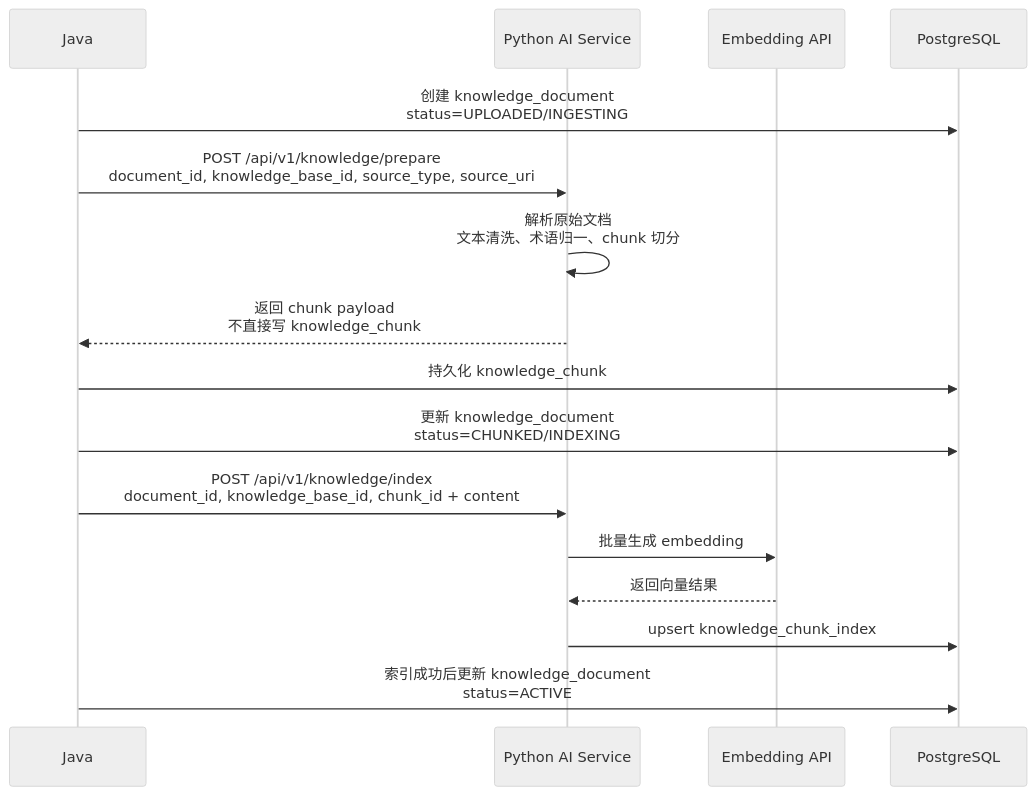
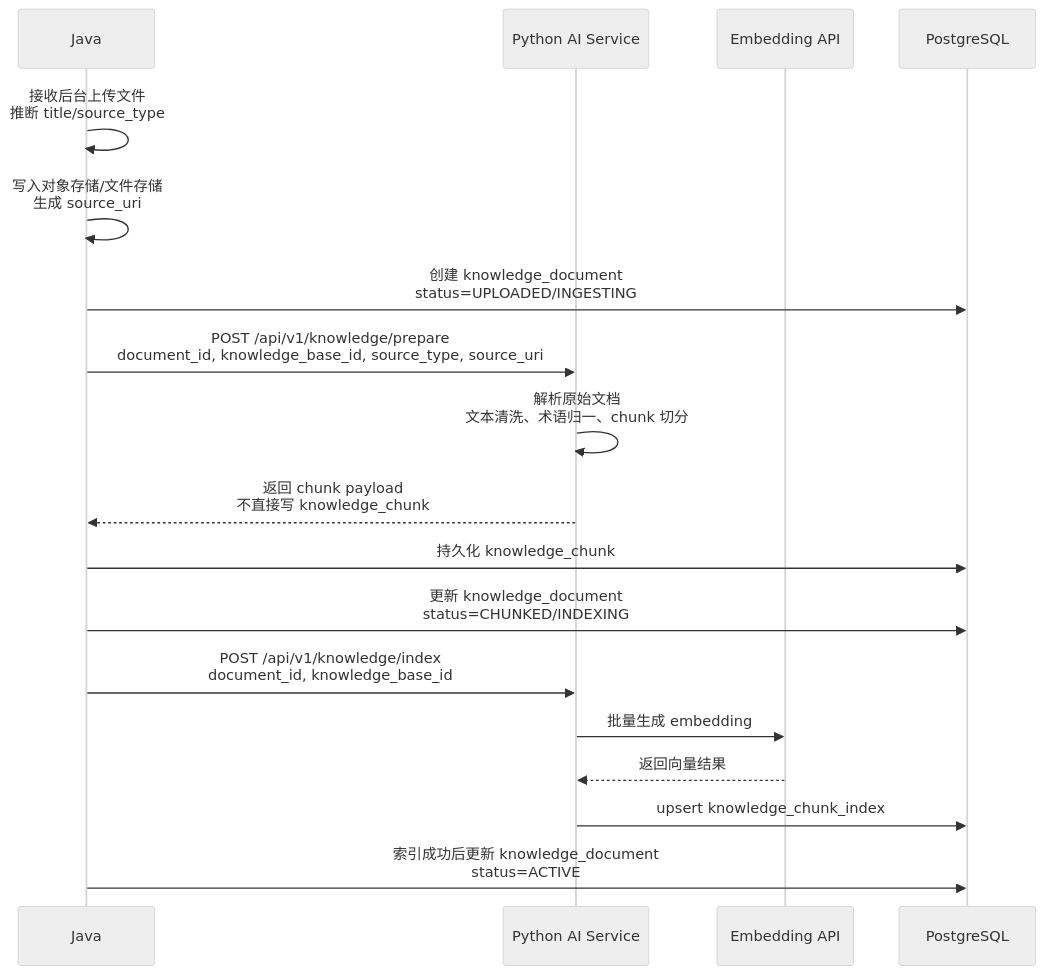
Before and after one commit to JianwenShaw/MediAskDocs: the diagram in docs/10-PYTHON_AI_SERVICE.md, drawn with Mermaid (neutral theme). The commit also changed other lines of this file and 4 other files, not shown here.

Commit message:
docs: sync knowledge import and index contracts

````diff
--- a/docs/10-PYTHON_AI_SERVICE.md
+++ b/docs/10-PYTHON_AI_SERVICE.md
@@ -349,19 +342,21 @@
 ```mermaid
 sequenceDiagram
     participant J as Java
     participant P as Python AI Service
     participant E as Embedding API
     participant PG as PostgreSQL
 
+    J->>J: 接收后台上传文件<br/>推断 title/source_type
+    J->>J: 写入对象存储/文件存储<br/>生成 source_uri
     J->>PG: 创建 knowledge_document<br/>status=UPLOADED/INGESTING
     J->>P: POST /api/v1/knowledge/prepare<br/>document_id, knowledge_base_id, source_type, source_uri
     P->>P: 解析原始文档<br/>文本清洗、术语归一、chunk 切分
     P-->>J: 返回 chunk payload<br/>不直接写 knowledge_chunk
     J->>PG: 持久化 knowledge_chunk
     J->>PG: 更新 knowledge_document<br/>status=CHUNKED/INDEXING
-    J->>P: POST /api/v1/knowledge/index<br/>document_id, knowledge_base_id, chunk_id + content
+    J->>P: POST /api/v1/knowledge/index<br/>document_id, knowledge_base_id
     P->>E: 批量生成 embedding
     E-->>P: 返回向量结果
     P->>PG: upsert knowledge_chunk_index
     J->>PG: 索引成功后更新 knowledge_document<br/>status=ACTIVE
 ```
````
